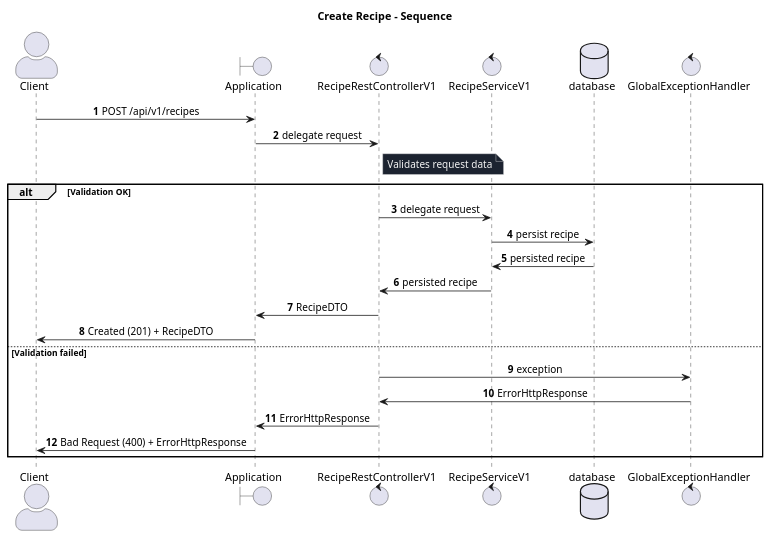
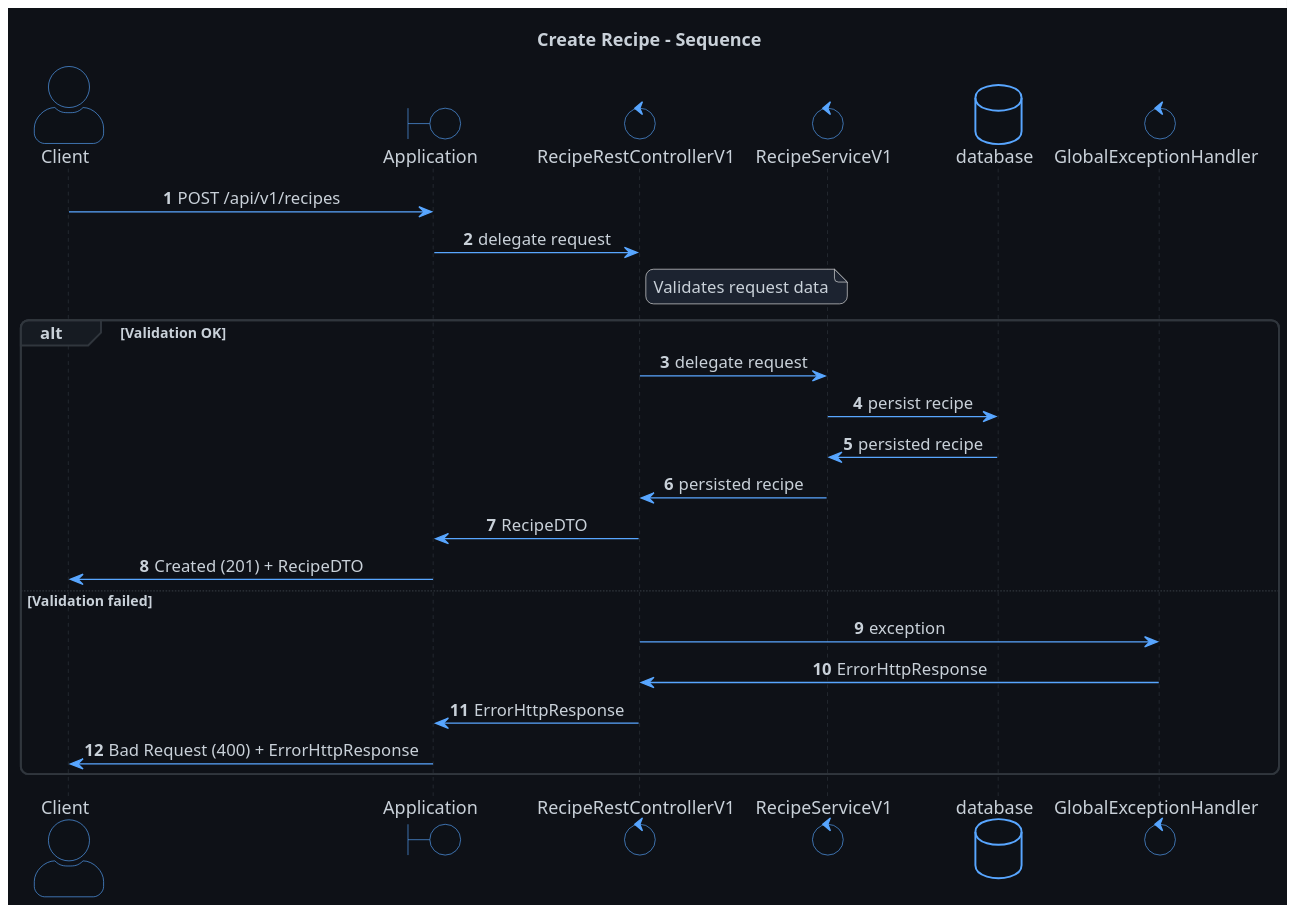
Before and after one commit to Askie01/recipe-application: the diagram in docs/api/v1/create-recipe-api-v1-workflow.puml, drawn with PlantUML. The commit also changed 14 other files, not shown here.

First line of the commit message:
Update workflow diagrams in Recipe API v1

```diff
--- a/docs/api/v1/create-recipe-api-v1-workflow.puml
+++ b/docs/api/v1/create-recipe-api-v1-workflow.puml
@@ -1,40 +1,70 @@
 @startuml
 title Create Recipe - Sequence
 
 autonumber
 
+skinparam backgroundColor #0E1117
+skinparam shadowing false
+skinparam roundcorner 12
+skinparam dpi 160
+
 skinparam sequence {
   MessageAlign center
+  ArrowColor #58A6FF
+  LifeLineBorderColor #30363D
+  LifeLineBackgroundColor #161B22
+  ActorBorderColor #58A6FF
+  ActorBackgroundColor #0D1117
+  BoxBorderColor #30363D
+  BoxBackgroundColor #0D1117
 }
+
+skinparam TitleFontColor #C9D1D9
+skinparam SequenceGroupBorderColor #30363D
+skinparam SequenceGroupBackgroundColor #161B22
 skinparam NoteBackgroundColor #1C2330
 skinparam NoteBorderColor #E7E7E7
 skinparam NoteFontColor #F5F5F5
 skinparam ActorStyle awesome
+skinparam DefaultFontColor #C9D1D9
+
+skinparam BoundaryBorderColor #58A6FF
+skinparam BoundaryBackgroundColor #0D1117
+
+skinparam ControlBorderColor #58A6FF
+skinparam ControlBackgroundColor #0D1117
+
+skinparam DatabaseBorderColor #58A6FF
+skinparam DatabaseBackgroundColor #0D1117
+
+skinparam ParticipantBorderColor #58A6FF
+skinparam ParticipantBackgroundColor #0D1117
 
 actor Client
 boundary Application
 control RecipeRestControllerV1
 control RecipeServiceV1
 database database
+control GlobalExceptionHandler
 control GlobalExceptionHandler
 
 Client -> Application : POST /api/v1/recipes
 Application -> RecipeRestControllerV1 : delegate request
 note right of RecipeRestControllerV1
 Validates request data
 end note
 
 alt Validation OK
   RecipeRestControllerV1 -> RecipeServiceV1 : delegate request
   RecipeServiceV1 -> database : persist recipe
   database -> RecipeServiceV1 : persisted recipe
   RecipeServiceV1 -> RecipeRestControllerV1 : persisted recipe
   RecipeRestControllerV1 -> Application : RecipeDTO
   Application -> Client : Created (201) + RecipeDTO
 else Validation failed
   RecipeRestControllerV1 -> GlobalExceptionHandler : exception
   GlobalExceptionHandler -> RecipeRestControllerV1 : ErrorHttpResponse
   RecipeRestControllerV1 -> Application : ErrorHttpResponse
   Application -> Client : Bad Request (400) + ErrorHttpResponse
 end
 @enduml
```
